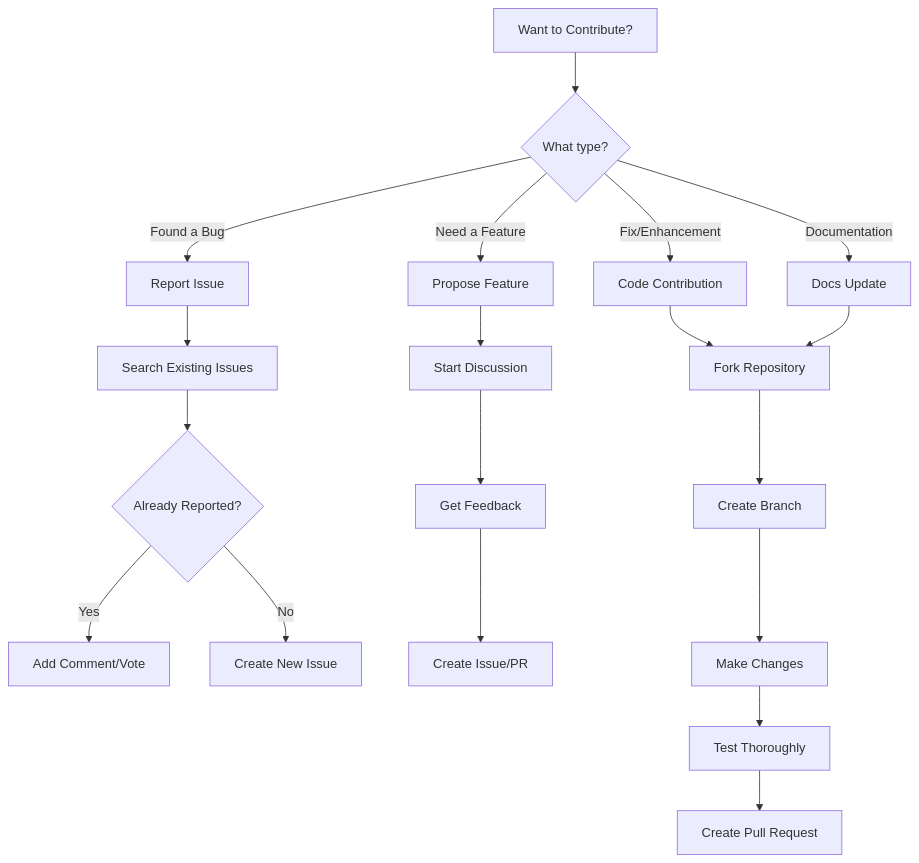
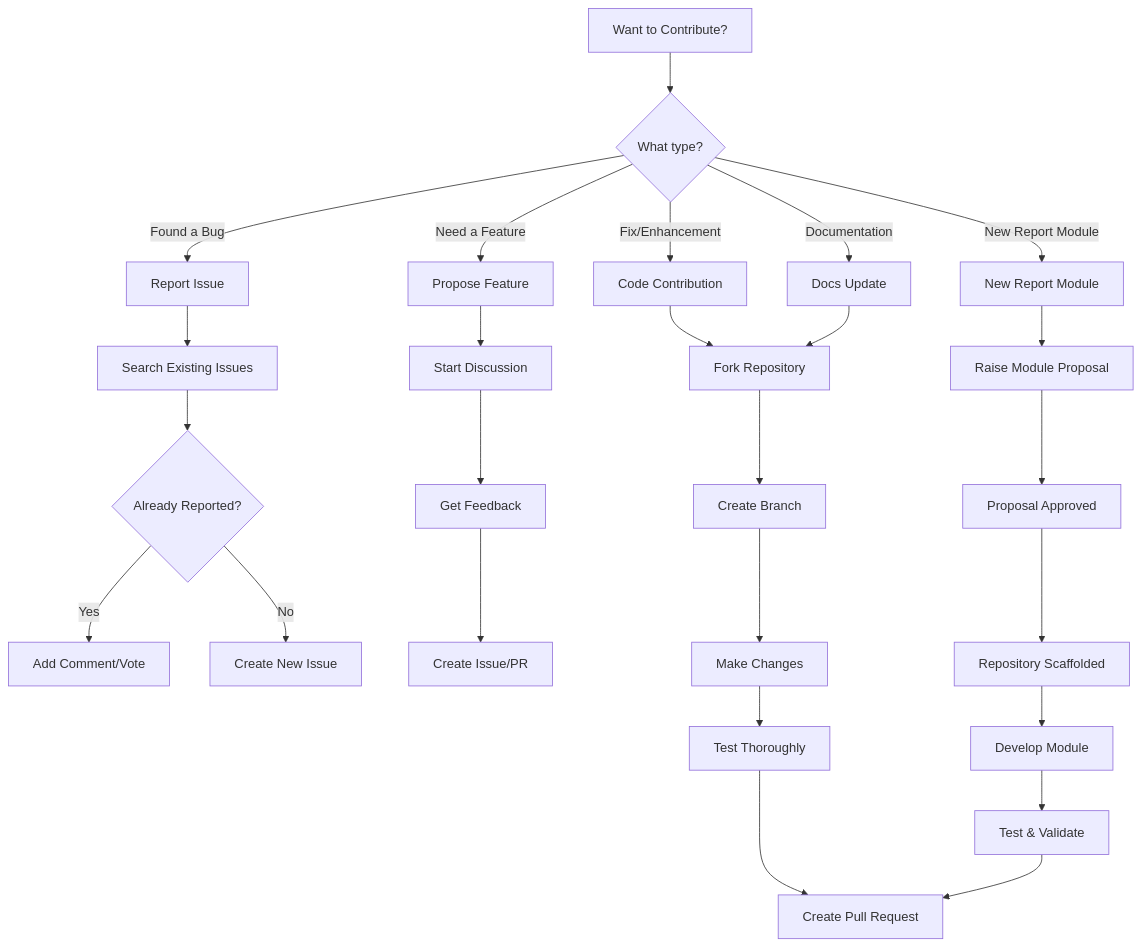
The diagram in docs/dev-guide/contributing.md (AsBuiltReport/AsBuiltReport.Project.Website), drawn with Mermaid before and after one commit.

Commit message:
Update contribution flowchart diagram
Refactor mermaid diagram to use flowchart TD syntax, fix branch alignment
using & operator for shared nodes, and update New Report Module path to
accurately reflect the proposal, approval, and scaffolding process.

````diff
--- a/docs/dev-guide/contributing.md
+++ b/docs/dev-guide/contributing.md
@@ -25,25 +25,31 @@
 ```mermaid
-graph TD
+flowchart TD
     A[Want to Contribute?] --> B{What type?}
     B -->|Found a Bug| C[Report Issue]
     B -->|Need a Feature| D[Propose Feature]
     B -->|Fix/Enhancement| E[Code Contribution]
     B -->|Documentation| F[Docs Update]
+    B -->|New Report Module| S[New Report Module]
 
     C --> G[Search Existing Issues]
     G --> H{Already Reported?}
     H -->|Yes| I[Add Comment/Vote]
     H -->|No| J[Create New Issue]
 
     D --> K[Start Discussion]
     K --> L[Get Feedback]
     L --> M[Create Issue/PR]
 
-    E --> N[Fork Repository]
+    E & F --> N[Fork Repository]
     N --> O[Create Branch]
     O --> P[Make Changes]
     P --> Q[Test Thoroughly]
-    Q --> R[Create Pull Request]
 
-    F --> N
+    S --> T[Raise Module Proposal]
+    T --> U[Proposal Approved]
+    U --> W[Repository Scaffolded]
+    W --> X[Develop Module]
+    X --> V[Test & Validate]
+
+    Q & V --> R[Create Pull Request]
 ```
````
